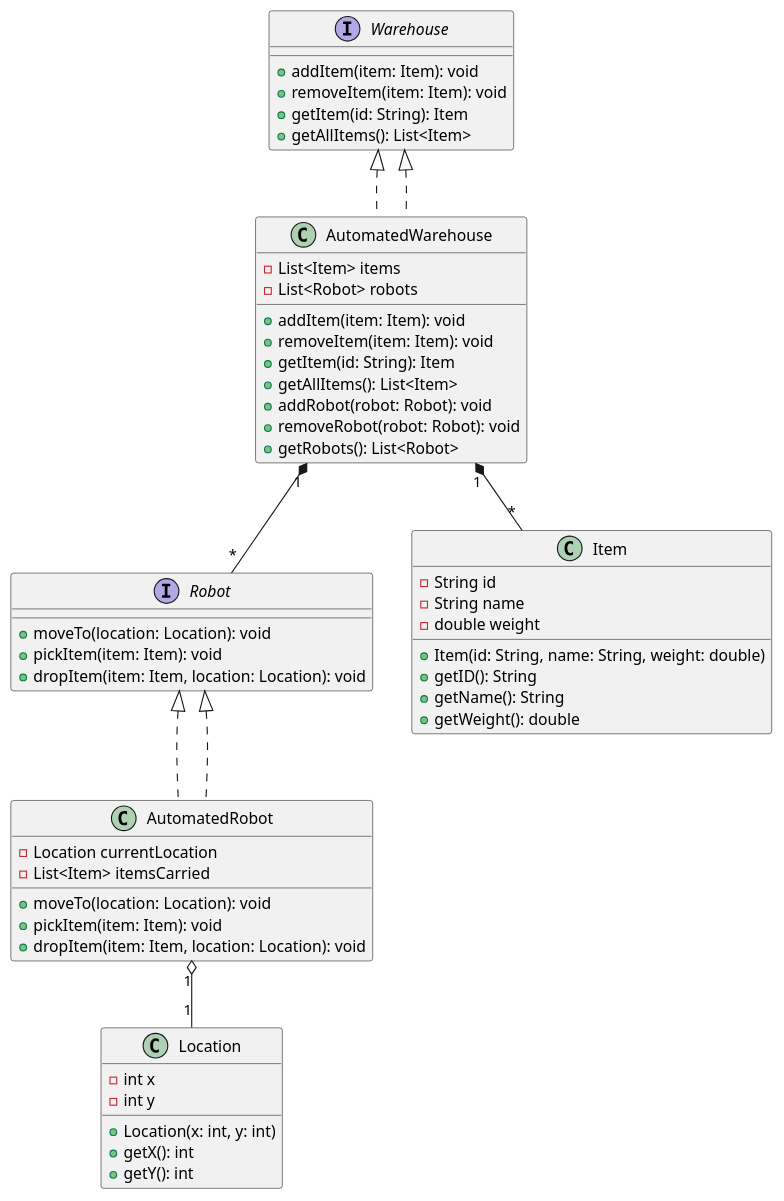
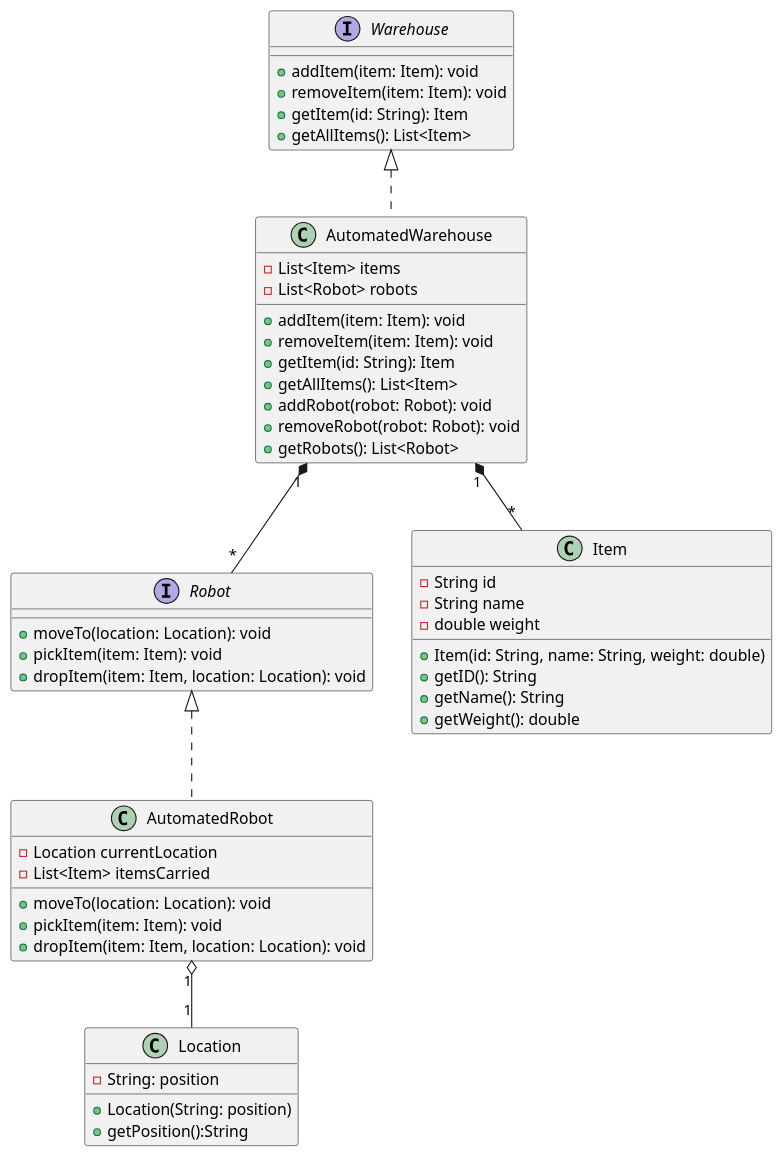
One commit to TSaavaMate/designPrincipes changed the diagram in designs/systems/robotizedWarehouse/warehouse.puml. Above: the diagram before and after it, drawn with PlantUML. The commit also changed 26 other files, not shown here.

```diff
--- a/designs/systems/robotizedWarehouse/warehouse.puml
+++ b/designs/systems/robotizedWarehouse/warehouse.puml
@@ -1,61 +1,57 @@
 @startuml
 
 interface Warehouse {
   + addItem(item: Item): void
   + removeItem(item: Item): void
   + getItem(id: String): Item
   + getAllItems(): List<Item>
 }
 
 interface Robot {
   + moveTo(location: Location): void
   + pickItem(item: Item): void
   + dropItem(item: Item, location: Location): void
 }
 
 class Item {
   - String id
   - String name
   - double weight
   + Item(id: String, name: String, weight: double)
   + getID(): String
   + getName(): String
   + getWeight(): double
 }
 
 class Location {
-  - int x
-  - int y
-  + Location(x: int, y: int)
-  + getX(): int
-  + getY(): int
+  - String: position
+  + Location(String: position)
+  + getPosition():String
 }
 
 class AutomatedWarehouse implements Warehouse {
   - List<Item> items
   - List<Robot> robots
   + addItem(item: Item): void
   + removeItem(item: Item): void
   + getItem(id: String): Item
   + getAllItems(): List<Item>
   + addRobot(robot: Robot): void
   + removeRobot(robot: Robot): void
   + getRobots(): List<Robot>
 }
 
 class AutomatedRobot implements Robot {
   - Location currentLocation
   - List<Item> itemsCarried
   + moveTo(location: Location): void
   + pickItem(item: Item): void
   + dropItem(item: Item, location: Location): void
 }
 
-Warehouse <|.. AutomatedWarehouse
-Robot <|.. AutomatedRobot
 
 AutomatedWarehouse "1" *-- "*" Item
 AutomatedWarehouse "1" *-- "*" Robot
 AutomatedRobot "1" o-- "1" Location
 
 @enduml
```
